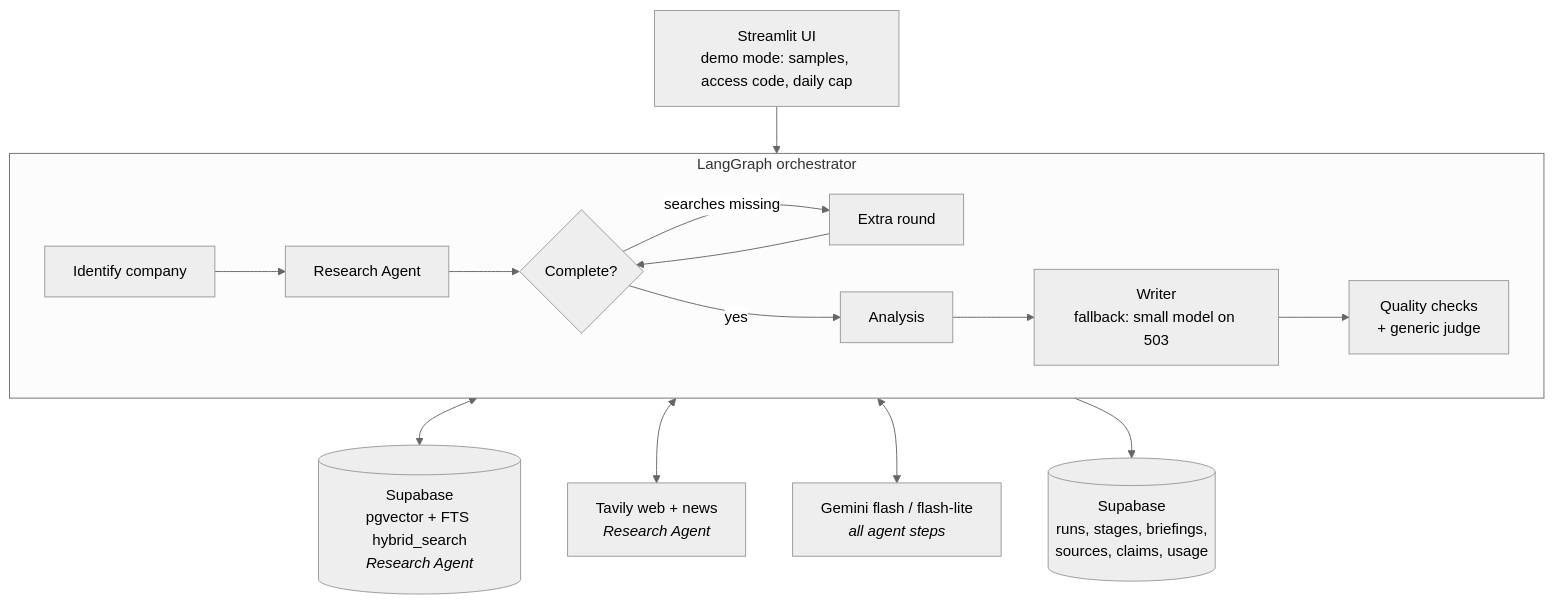
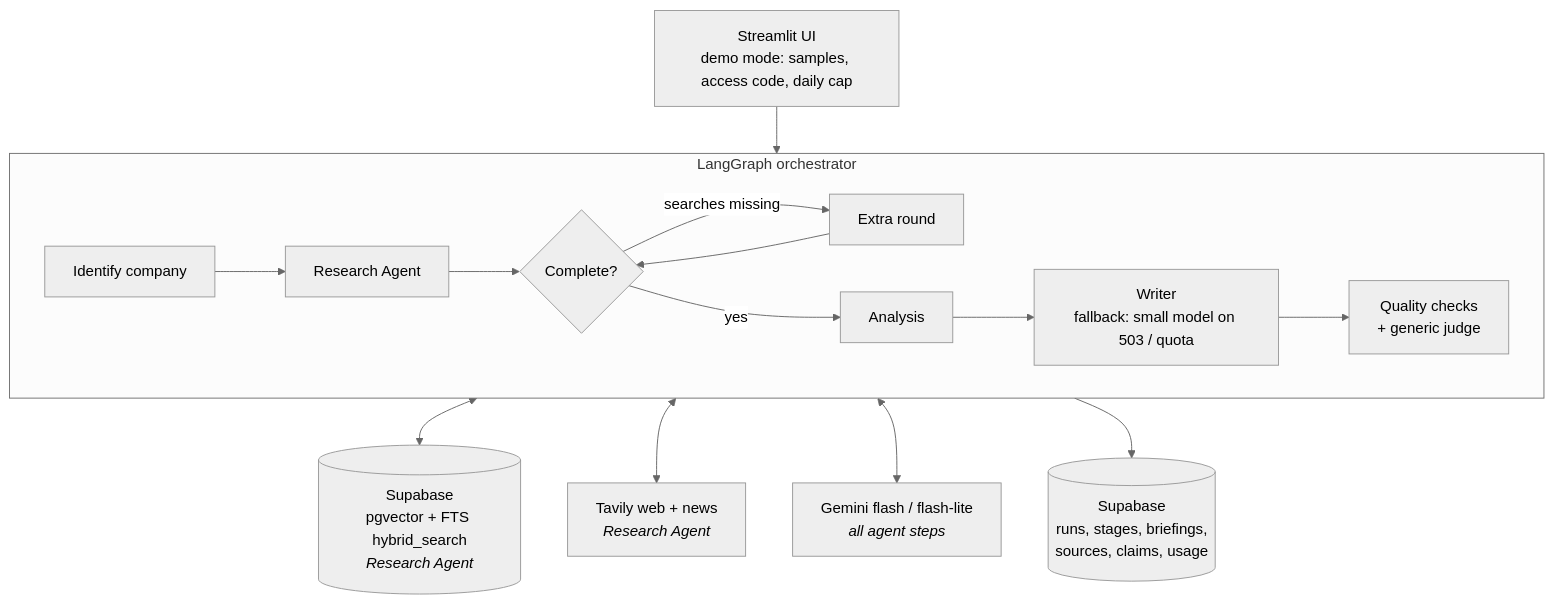
Before and after one commit to shellybh/deal-prep-copilot: the diagram in README.md, drawn with Mermaid (neutral theme). The commit also changed other lines of this file and 8 other files, not shown here.

First line of the commit message:
Fallback writer also on flash's daily quota; not-identified check

````diff
--- a/README.md
+++ b/README.md
@@ -48,19 +48,19 @@
 ```mermaid
 flowchart TB
     UI["Streamlit UI<br/>demo mode: samples, access code, daily cap"] --> G
 
     subgraph G["LangGraph orchestrator"]
         direction LR
         I[Identify company] --> R[Research Agent]
         R --> C{Complete?}
         C -- "searches missing" --> X[Extra round] --> C
         C -- yes --> A[Analysis]
-        A --> W[Writer<br/>fallback: small model on 503]
+        A --> W[Writer<br/>fallback: small model on 503 / quota]
         W --> Q[Quality checks<br/>+ generic judge]
     end
 
     G <--> KB[("Supabase<br/>pgvector + FTS hybrid_search<br/><i>Research Agent</i>")]
     G <--> T["Tavily web + news<br/><i>Research Agent</i>"]
     G <--> LLM["Gemini flash / flash-lite<br/><i>all agent steps</i>"]
     G --> DB[("Supabase<br/>runs, stages, briefings,<br/>sources, claims, usage")]
 ```
````
